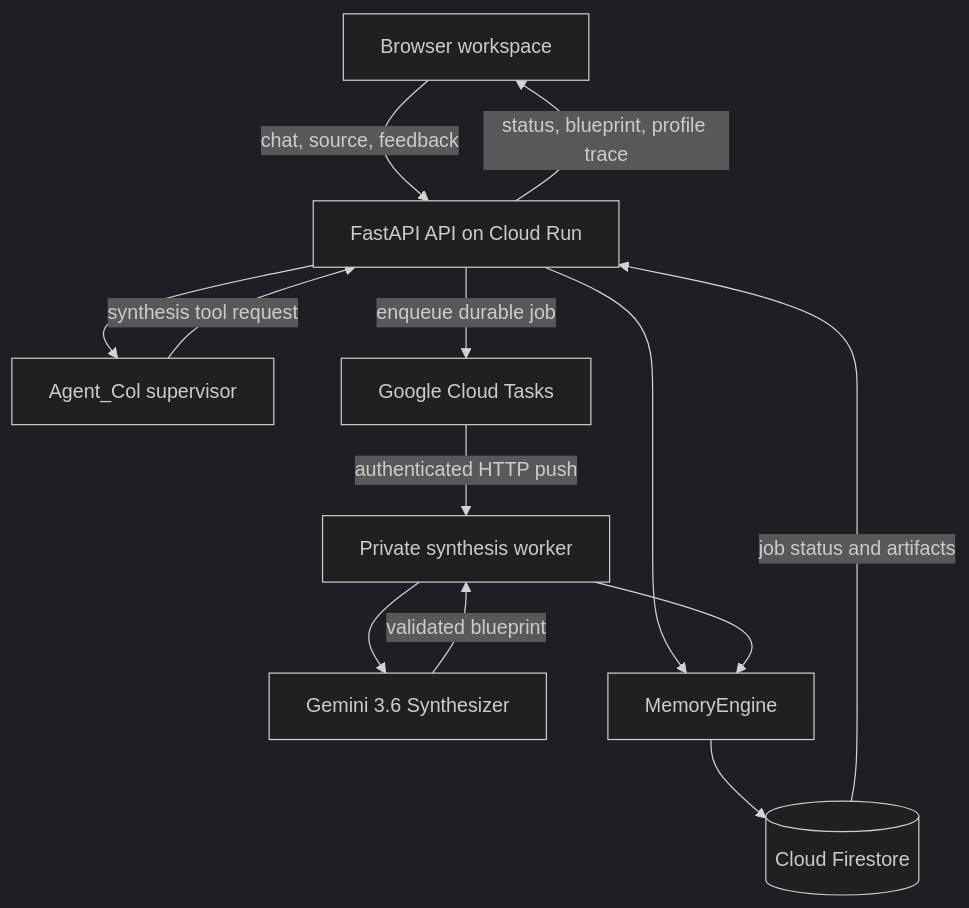
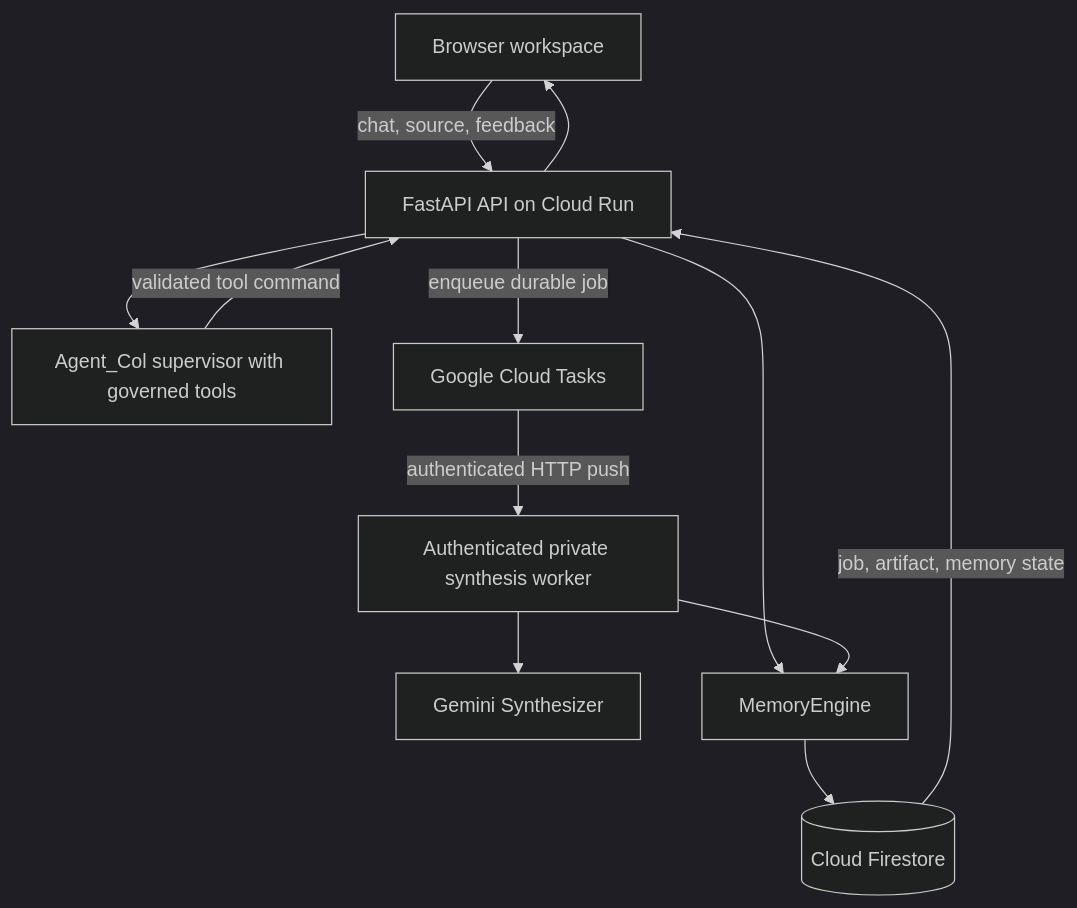
The second of 2 diagrams in docs/architecture.md (knightsky-cpu/col-workspace), drawn with Mermaid (dark theme) before and after one commit. The commit also changed other lines of this file and 8 other files, not shown here.

````diff
--- a/docs/architecture.md
+++ b/docs/architecture.md
@@ -5,24 +216,23 @@
 ```mermaid
 flowchart TD
     browser[Browser workspace]
     api[FastAPI API on Cloud Run]
-    supervisor[Agent_Col supervisor]
+    supervisor[Agent_Col supervisor with governed tools]
     tasks[Google Cloud Tasks]
-    worker[Private synthesis worker]
-    synth[Gemini 3.6 Synthesizer]
-    memory[MemoryEngine]
+    worker[Authenticated private synthesis worker]
+    synth[Gemini Synthesizer]
+    engine[MemoryEngine]
     firestore[(Cloud Firestore)]
 
     browser -->|chat, source, feedback| api
     api --> supervisor
-    supervisor -->|synthesis tool request| api
+    supervisor -->|validated tool command| api
     api -->|enqueue durable job| tasks
     tasks -->|authenticated HTTP push| worker
     worker --> synth
-    synth -->|validated blueprint| worker
-    api --> memory
-    worker --> memory
-    memory --> firestore
-    firestore -->|job status and artifacts| api
-    api -->|status, blueprint, profile trace| browser
+    api --> engine
+    worker --> engine
+    engine --> firestore
+    firestore -->|job, artifact, memory state| api
+    api --> browser
 ```
````
